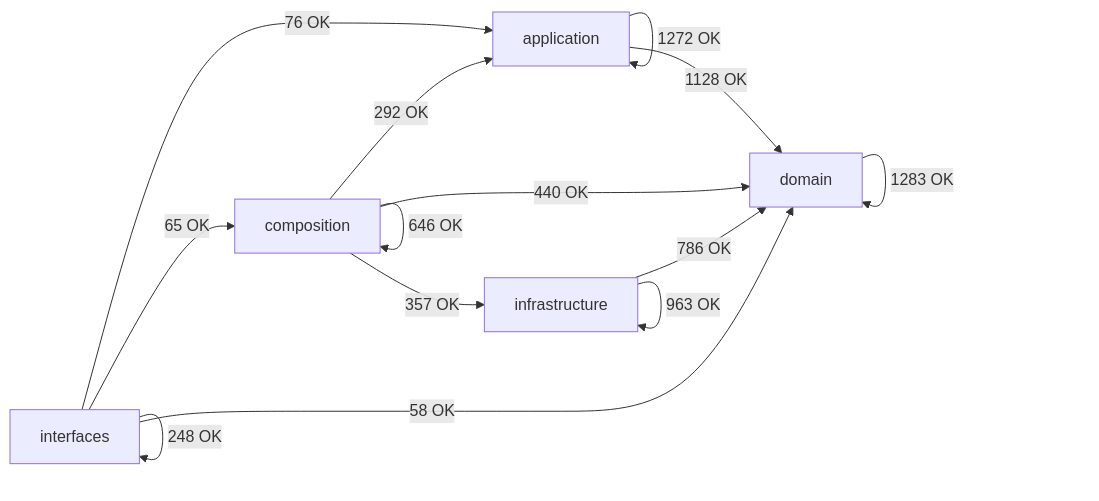
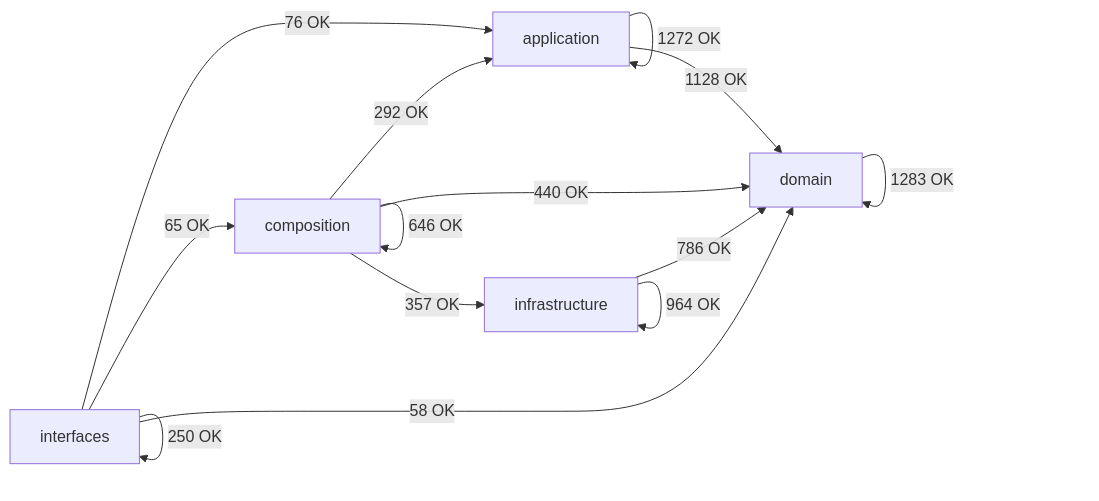
Before and after one commit to SatoryKono/BioactivityDataAcquisition: the diagram in docs/02-architecture/generated/module-dependency-map.md, drawn with Mermaid. The commit also changed other lines of this file and 6 other files, not shown here.

````diff
--- a/docs/02-architecture/generated/module-dependency-map.md
+++ b/docs/02-architecture/generated/module-dependency-map.md
@@ -17,21 +17,21 @@
 ```mermaid
 flowchart LR
     domain[domain]
     application[application]
     infrastructure[infrastructure]
     composition[composition]
     interfaces[interfaces]
     application -->|1272 OK| application
     application -->|1128 OK| domain
     composition -->|292 OK| application
     composition -->|646 OK| composition
     composition -->|440 OK| domain
     composition -->|357 OK| infrastructure
     domain -->|1283 OK| domain
     infrastructure -->|786 OK| domain
-    infrastructure -->|963 OK| infrastructure
+    infrastructure -->|964 OK| infrastructure
     interfaces -->|76 OK| application
     interfaces -->|65 OK| composition
     interfaces -->|58 OK| domain
-    interfaces -->|248 OK| interfaces
+    interfaces -->|250 OK| interfaces
 ```
````
